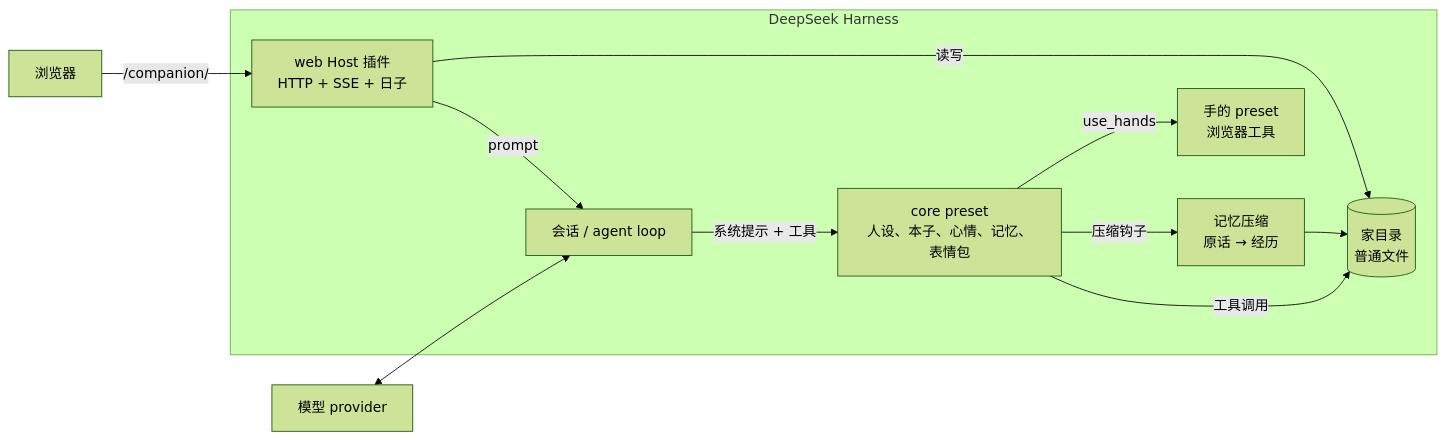
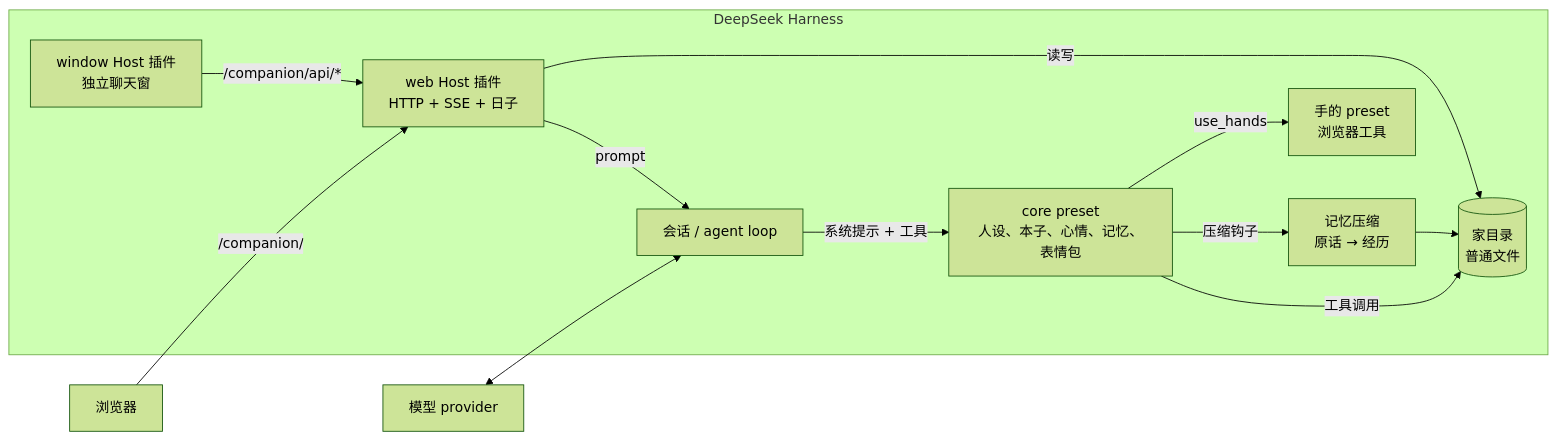
One commit to YYYu00u/dsh-companion changed the diagram in README.zh-CN.md. Above: the diagram before and after it, drawn with Mermaid (forest theme). The commit also changed other lines of this file and 65 other files, not shown here.

````diff
--- a/README.zh-CN.md
+++ b/README.zh-CN.md
@@ -39,14 +166,15 @@
 ```mermaid
 flowchart LR
   subgraph DSH[DeepSeek Harness]
     S[会话 / agent loop] -->|系统提示 + 工具| C
     C[core preset<br/>人设、本子、心情、记忆、表情包] -->|工具调用| F[(家目录<br/>普通文件)]
     W[web Host 插件<br/>HTTP + SSE + 日子] -->|prompt| S
     W -->|读写| F
+    N[window Host 插件<br/>独立聊天窗] -->|/companion/api/*| W
     C -->|压缩钩子| M[记忆压缩<br/>原话 → 经历]
     M --> F
     C -->|use_hands| H[手的 preset<br/>浏览器工具]
   end
   U[浏览器] -->|/companion/| W
   P[模型 provider] <--> S
 ```
````
